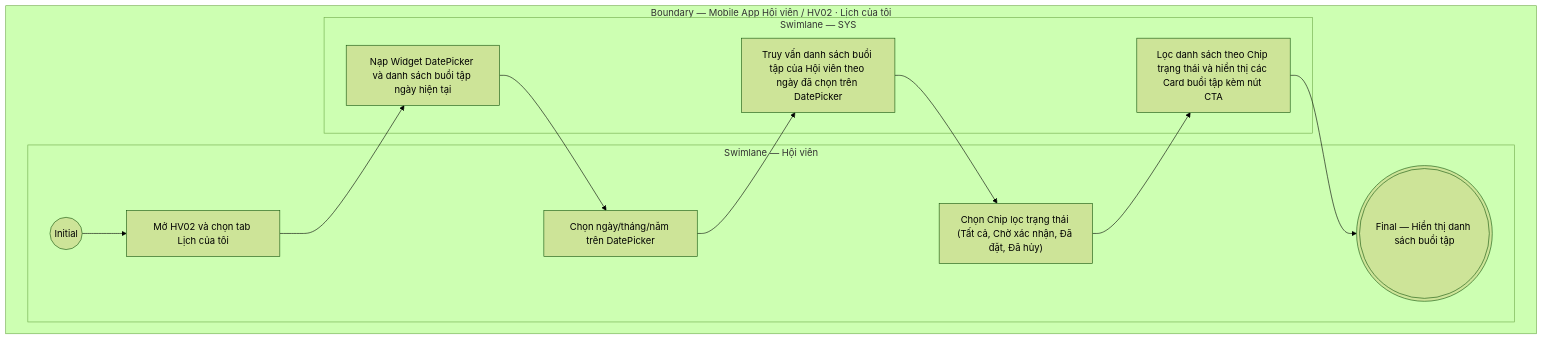
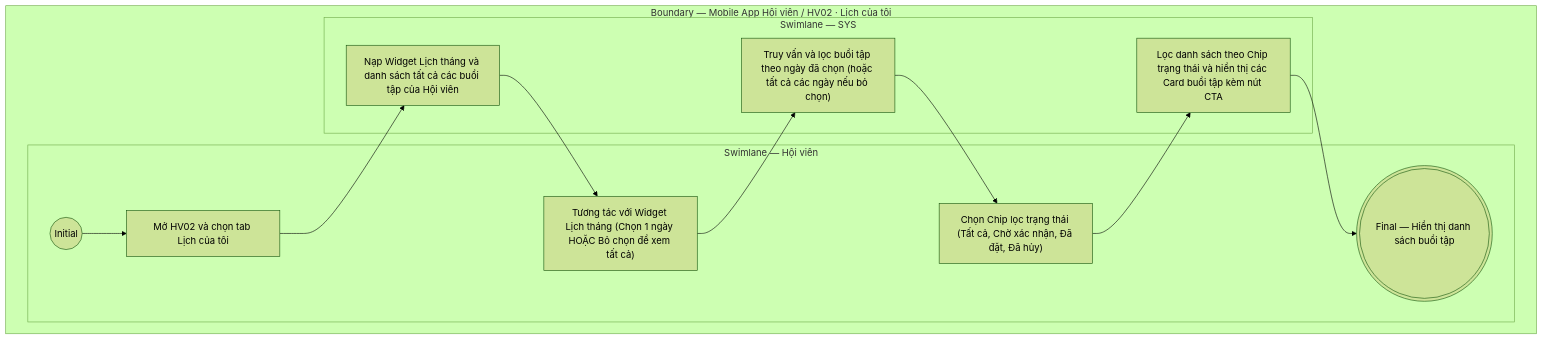
Before and after one commit to ThachY-23120411/Paradise-Gym-v2: the diagram in docs/user-stories/hoi-vien/HV02-Lịch tập/HV02-US01-Xem lịch tập và lọc trạng thái buổi PT.md, drawn with Mermaid (forest theme). The commit also changed other lines of this file and 97 other files, not shown here.

````diff
--- a/docs/user-stories/hoi-vien/HV02-Lịch tập/HV02-US01-Xem lịch tập và lọc trạng thái buổi PT.md
+++ b/docs/user-stories/hoi-vien/HV02-Lịch tập/HV02-US01-Xem lịch tập và lọc trạng thái buổi PT.md
@@ -42,26 +52,26 @@
 ```mermaid
 flowchart TB
   subgraph B["Boundary — Mobile App Hội viên / HV02 · Lịch của tôi"]
     subgraph L0["Swimlane — Hội viên"]
       I01(("Initial"))
       A01["Mở HV02 và chọn tab Lịch của tôi"]
-      A02["Chọn ngày/tháng/năm trên DatePicker"]
+      A02["Tương tác với Widget Lịch tháng (Chọn 1 ngày HOẶC Bỏ chọn để xem tất cả)"]
       A03["Chọn Chip lọc trạng thái (Tất cả, Chờ xác nhận, Đã đặt, Đã hủy)"]
       F01((("Final — Hiển thị danh sách buổi tập")))
 
       I01 --> A01
     end
 
     subgraph L1["Swimlane — SYS"]
-      S01["Nạp Widget DatePicker và danh sách buổi tập ngày hiện tại"]
-      S02["Truy vấn danh sách buổi tập của Hội viên theo ngày đã chọn trên DatePicker"]
+      S01["Nạp Widget Lịch tháng và danh sách tất cả các buổi tập của Hội viên"]
+      S02["Truy vấn và lọc buổi tập theo ngày đã chọn (hoặc tất cả các ngày nếu bỏ chọn)"]
       S03["Lọc danh sách theo Chip trạng thái và hiển thị các Card buổi tập kèm nút CTA"]
 
       A01 --> S01
       S01 --> A02
       A02 --> S02
       S02 --> A03
       A03 --> S03 --> F01
     end
   end
 ```
````
